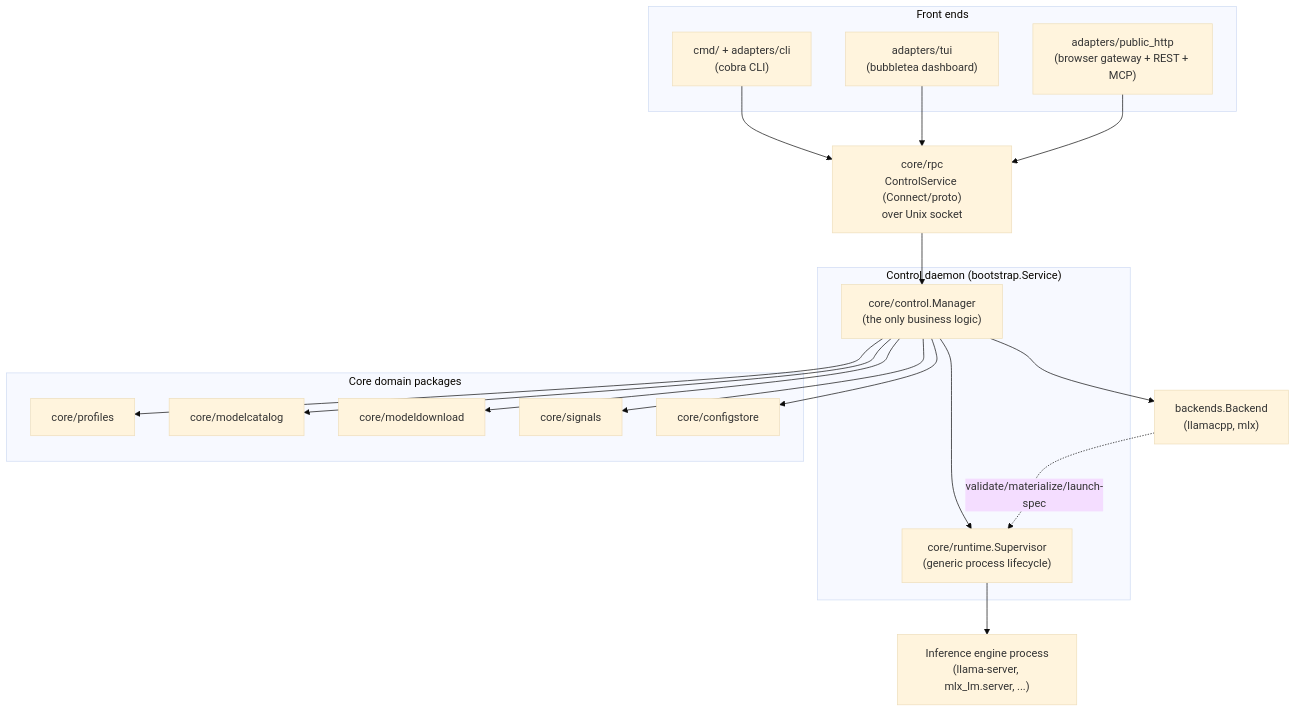
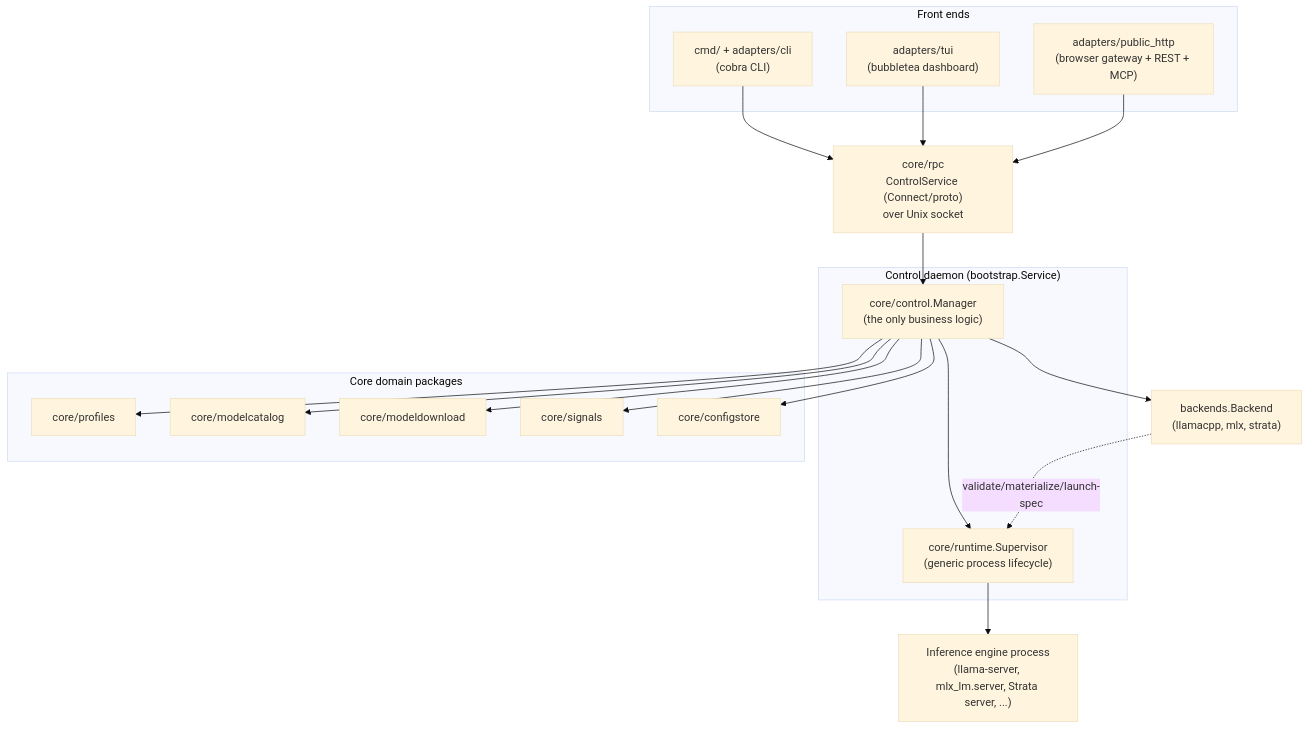
One commit to rivt-ai/inference-rig changed the diagram in docs/architecture-overview.md. Above: the diagram before and after it, drawn with Mermaid (base theme). The commit also changed other lines of this file and 18 other files, not shown here.

First line of the commit message:
feat(backends): add Strata backend (#108)

````diff
--- a/docs/architecture-overview.md
+++ b/docs/architecture-overview.md
@@ -24,40 +24,40 @@
 ```mermaid
 flowchart TB
     subgraph frontends["Front ends"]
         CLI["cmd/ + adapters/cli\n(cobra CLI)"]
         TUI["adapters/tui\n(bubbletea dashboard)"]
         WEB["adapters/public_http\n(browser gateway + REST + MCP)"]
     end
 
     RPC["core/rpc\nControlService (Connect/proto)\nover Unix socket"]
 
     subgraph daemon["Control daemon (bootstrap.Service)"]
         MANAGER["core/control.Manager\n(the only business logic)"]
         SUPERVISOR["core/runtime.Supervisor\n(generic process lifecycle)"]
     end
 
-    BACKENDS["backends.Backend\n(llamacpp, mlx)"]
-    ENGINE["Inference engine process\n(llama-server, mlx_lm.server, ...)"]
+    BACKENDS["backends.Backend\n(llamacpp, mlx, strata)"]
+    ENGINE["Inference engine process\n(llama-server, mlx_lm.server, Strata server, ...)"]
 
     subgraph domain["Core domain packages"]
         PROFILES["core/profiles"]
         CATALOG["core/modelcatalog"]
         DOWNLOAD["core/modeldownload"]
         SIGNALS["core/signals"]
         CONFIGSTORE["core/configstore"]
     end
 
     CLI --> RPC
     TUI --> RPC
     WEB --> RPC
     RPC --> MANAGER
     MANAGER --> SUPERVISOR
     MANAGER --> BACKENDS
     MANAGER --> PROFILES
     MANAGER --> CATALOG
     MANAGER --> DOWNLOAD
     MANAGER --> SIGNALS
     MANAGER --> CONFIGSTORE
     SUPERVISOR --> ENGINE
     BACKENDS -. validate/materialize/launch-spec .-> SUPERVISOR
 ```
````
